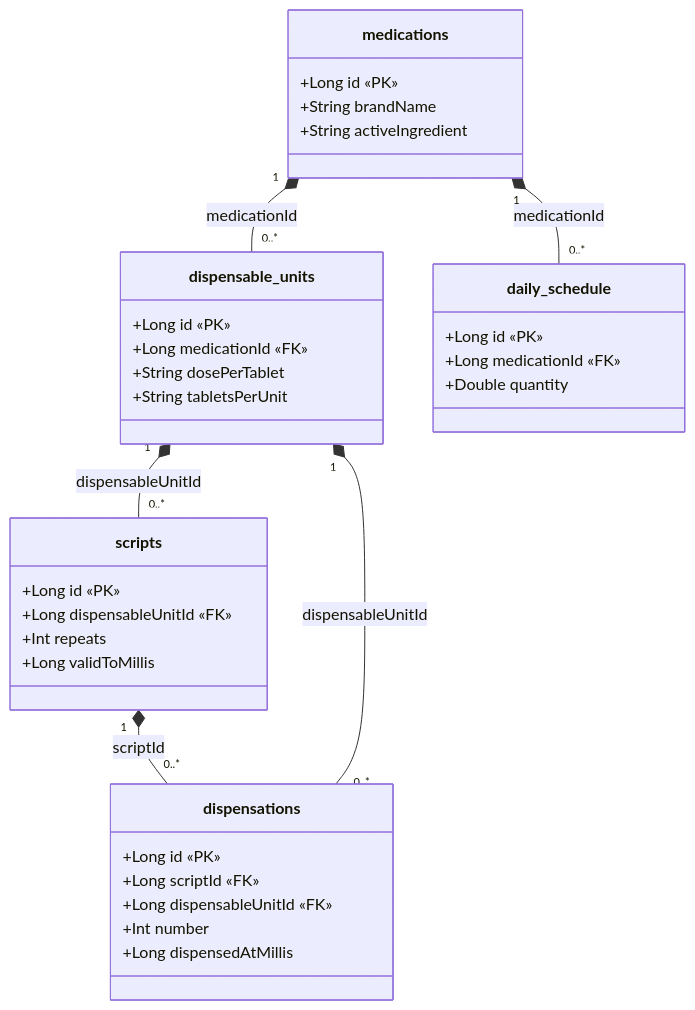
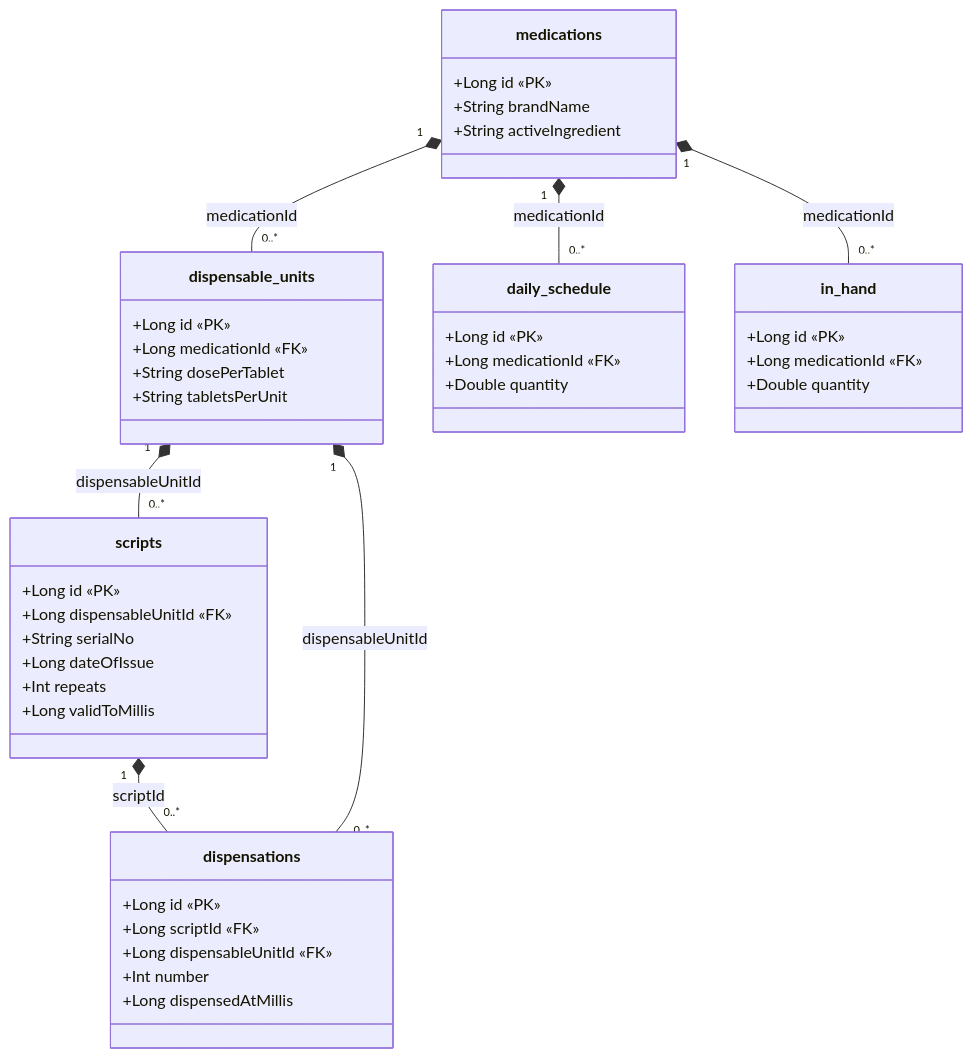
One commit to replicant1/aitoui changed the diagram in DATABASE_SCHEMA.md. Above: the diagram before and after it, drawn with Mermaid. The commit also changed other lines of this file and 17 other files, not shown here.

````diff
--- a/DATABASE_SCHEMA.md
+++ b/DATABASE_SCHEMA.md
@@ -100,38 +114,46 @@
 ```mermaid
 classDiagram
     direction TB
     class medications {
         +Long id «PK»
         +String brandName
         +String activeIngredient
     }
     class dispensable_units {
         +Long id «PK»
         +Long medicationId «FK»
         +String dosePerTablet
         +String tabletsPerUnit
     }
     class scripts {
         +Long id «PK»
         +Long dispensableUnitId «FK»
+        +String serialNo
+        +Long dateOfIssue
         +Int repeats
         +Long validToMillis
     }
     class dispensations {
         +Long id «PK»
         +Long scriptId «FK»
         +Long dispensableUnitId «FK»
         +Int number
         +Long dispensedAtMillis
     }
     class daily_schedule {
         +Long id «PK»
         +Long medicationId «FK»
         +Double quantity
     }
+    class in_hand {
+        +Long id «PK»
+        +Long medicationId «FK»
+        +Double quantity
+    }
     medications "1" *-- "0..*" dispensable_units : medicationId
     dispensable_units "1" *-- "0..*" scripts : dispensableUnitId
     scripts "1" *-- "0..*" dispensations : scriptId
     dispensable_units "1" *-- "0..*" dispensations : dispensableUnitId
     medications "1" *-- "0..*" daily_schedule : medicationId
+    medications "1" *-- "0..*" in_hand : medicationId
 ```
````
